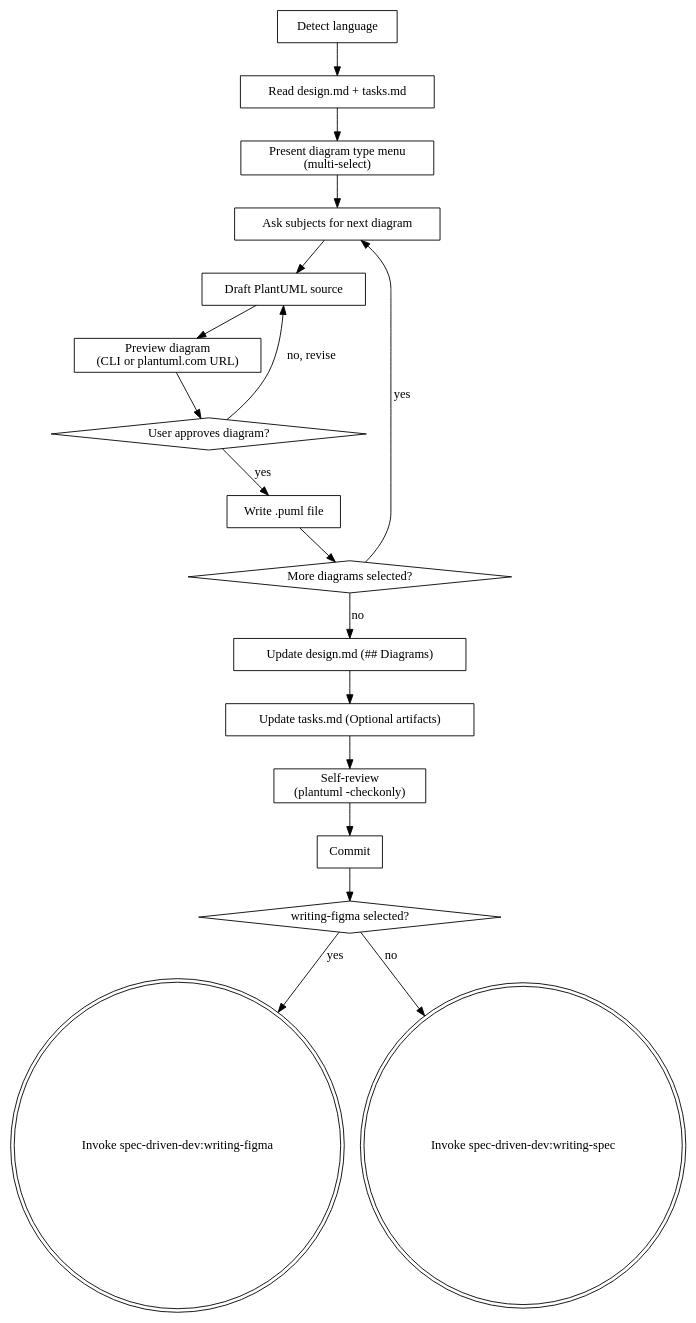
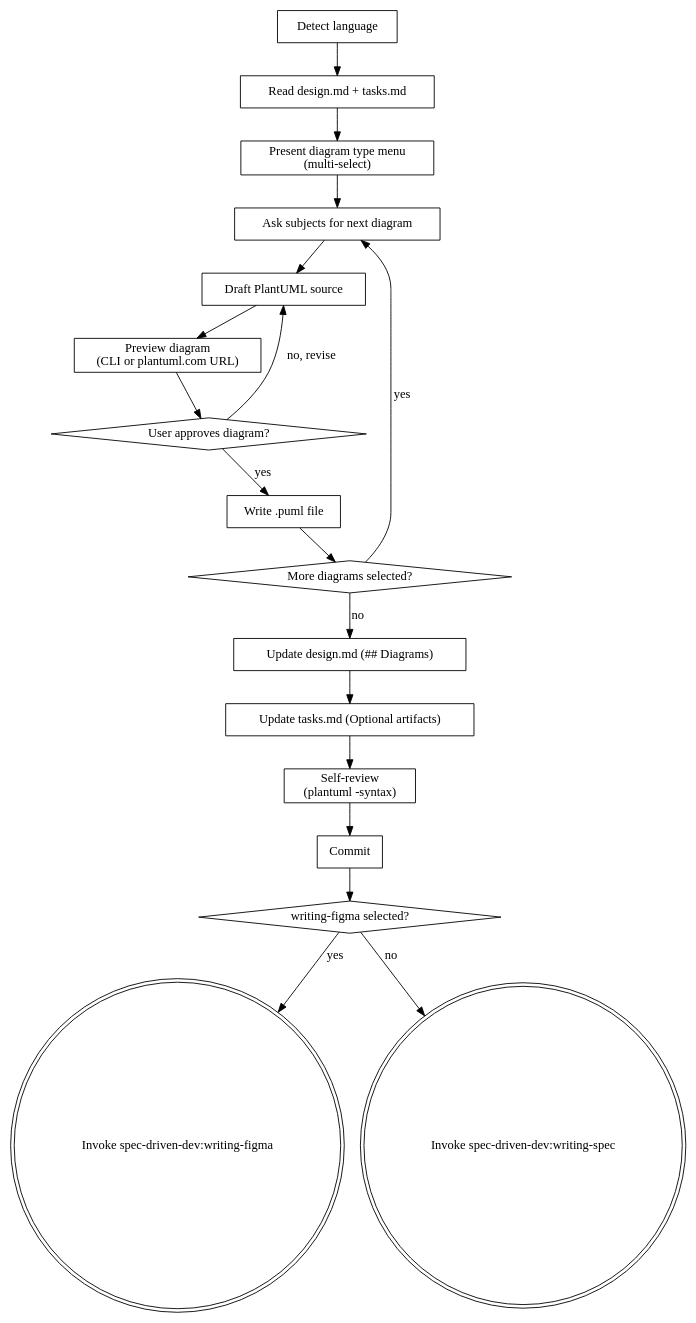
The diagram in plugins/spec-driven-dev/skills/writing-uml/SKILL.md (BIBIOTA/yuki-marketplace), drawn with Graphviz before and after one commit. The commit also changed other lines of this file and 1 other file, not shown here.

Commit message:
fix: address writing-uml skill review feedback

````diff
--- a/plugins/spec-driven-dev/skills/writing-uml/SKILL.md
+++ b/plugins/spec-driven-dev/skills/writing-uml/SKILL.md
@@ -58,40 +68,40 @@
 ```dot
 digraph writing_uml {
     rankdir=TB;
 
     "Detect language" [shape=box];
     "Read design.md + tasks.md" [shape=box];
     "Present diagram type menu\n(multi-select)" [shape=box];
     "Ask subjects for next diagram" [shape=box];
     "Draft PlantUML source" [shape=box];
     "Preview diagram\n(CLI or plantuml.com URL)" [shape=box];
     "User approves diagram?" [shape=diamond];
     "Write .puml file" [shape=box];
     "More diagrams selected?" [shape=diamond];
     "Update design.md (## Diagrams)" [shape=box];
     "Update tasks.md (Optional artifacts)" [shape=box];
-    "Self-review\n(plantuml -checkonly)" [shape=box];
+    "Self-review\n(plantuml -syntax)" [shape=box];
     "Commit" [shape=box];
     "writing-figma selected?" [shape=diamond];
     "Invoke spec-driven-dev:writing-figma" [shape=doublecircle];
     "Invoke spec-driven-dev:writing-spec" [shape=doublecircle];
 
     "Detect language" -> "Read design.md + tasks.md";
     "Read design.md + tasks.md" -> "Present diagram type menu\n(multi-select)";
     "Present diagram type menu\n(multi-select)" -> "Ask subjects for next diagram";
     "Ask subjects for next diagram" -> "Draft PlantUML source";
     "Draft PlantUML source" -> "Preview diagram\n(CLI or plantuml.com URL)";
     "Preview diagram\n(CLI or plantuml.com URL)" -> "User approves diagram?";
     "User approves diagram?" -> "Draft PlantUML source" [label="no, revise"];
     "User approves diagram?" -> "Write .puml file" [label="yes"];
     "Write .puml file" -> "More diagrams selected?";
     "More diagrams selected?" -> "Ask subjects for next diagram" [label="yes"];
     "More diagrams selected?" -> "Update design.md (## Diagrams)" [label="no"];
     "Update design.md (## Diagrams)" -> "Update tasks.md (Optional artifacts)";
-    "Update tasks.md (Optional artifacts)" -> "Self-review\n(plantuml -checkonly)";
-    "Self-review\n(plantuml -checkonly)" -> "Commit";
+    "Update tasks.md (Optional artifacts)" -> "Self-review\n(plantuml -syntax)";
+    "Self-review\n(plantuml -syntax)" -> "Commit";
     "Commit" -> "writing-figma selected?";
     "writing-figma selected?" -> "Invoke spec-driven-dev:writing-figma" [label="yes"];
     "writing-figma selected?" -> "Invoke spec-driven-dev:writing-spec" [label="no"];
 }
 ```
````
